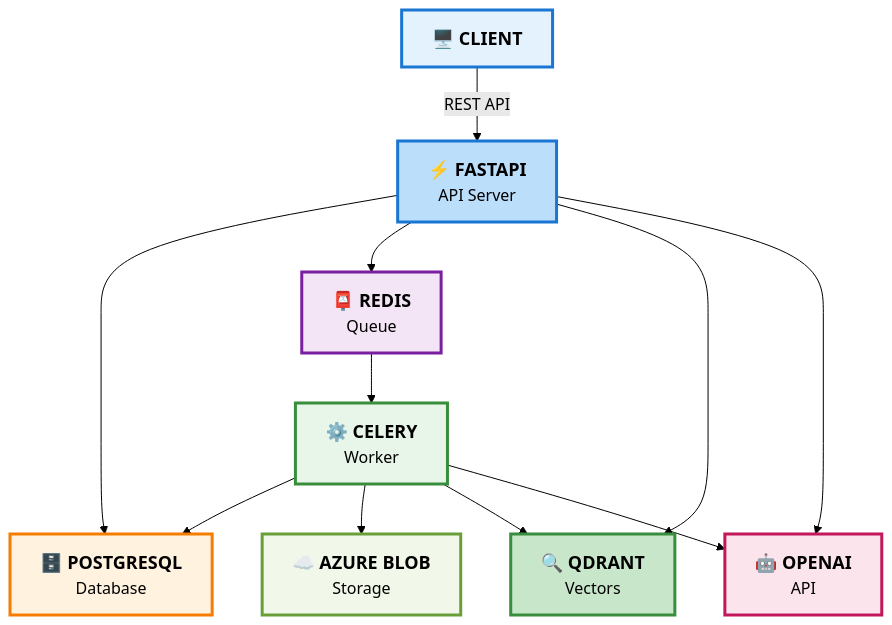
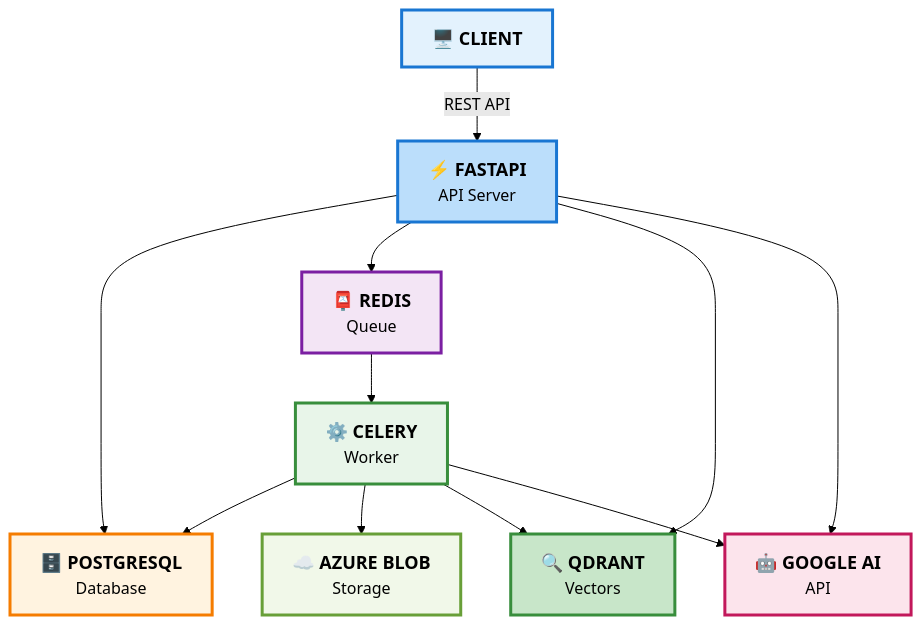
One commit to Smeet23/Lexintel changed the first of 7 diagrams in ARCHITECTURE_SIMPLE.md. Above: the diagram before and after it, drawn with Mermaid (forest theme). The commit also changed other lines of this file and 50 other files, not shown here.

First line of the commit message:
docs: update all documentation from OpenAI to Google Gemini

````diff
--- a/ARCHITECTURE_SIMPLE.md
+++ b/ARCHITECTURE_SIMPLE.md
@@ -5,32 +5,32 @@
 ```mermaid
 graph TB
     Client["<b style='font-size:18px'>🖥️ CLIENT</b>"]
     API["<b style='font-size:18px'>⚡ FASTAPI</b><br/>API Server"]
     DB["<b style='font-size:18px'>🗄️ POSTGRESQL</b><br/>Database"]
     Queue["<b style='font-size:18px'>📮 REDIS</b><br/>Queue"]
     Worker["<b style='font-size:18px'>⚙️ CELERY</b><br/>Worker"]
     Qdrant["<b style='font-size:18px'>🔍 QDRANT</b><br/>Vectors"]
     Blob["<b style='font-size:18px'>☁️ AZURE BLOB</b><br/>Storage"]
-    OpenAI["<b style='font-size:18px'>🤖 OPENAI</b><br/>API"]
+    GoogleAI["<b style='font-size:18px'>🤖 GOOGLE AI</b><br/>API"]
 
     Client -->|REST API| API
     API --> DB
     API --> Queue
     API --> Qdrant
-    API --> OpenAI
+    API --> GoogleAI
 
     Queue --> Worker
     Worker --> DB
     Worker --> Blob
     Worker --> Qdrant
-    Worker --> OpenAI
+    Worker --> GoogleAI
 
     style Client fill:#e3f2fd,stroke:#1976d2,stroke-width:3px,padding:20px
     style API fill:#bbdefb,stroke:#1976d2,stroke-width:3px,padding:20px
     style DB fill:#fff3e0,stroke:#f57c00,stroke-width:3px,padding:20px
     style Queue fill:#f3e5f5,stroke:#7b1fa2,stroke-width:3px,padding:20px
     style Worker fill:#e8f5e9,stroke:#388e3c,stroke-width:3px,padding:20px
     style Qdrant fill:#c8e6c9,stroke:#388e3c,stroke-width:3px,padding:20px
     style Blob fill:#f1f8e9,stroke:#689f38,stroke-width:3px,padding:20px
-    style OpenAI fill:#fce4ec,stroke:#c2185b,stroke-width:3px,padding:20px
+    style GoogleAI fill:#fce4ec,stroke:#c2185b,stroke-width:3px,padding:20px
 ```
````
